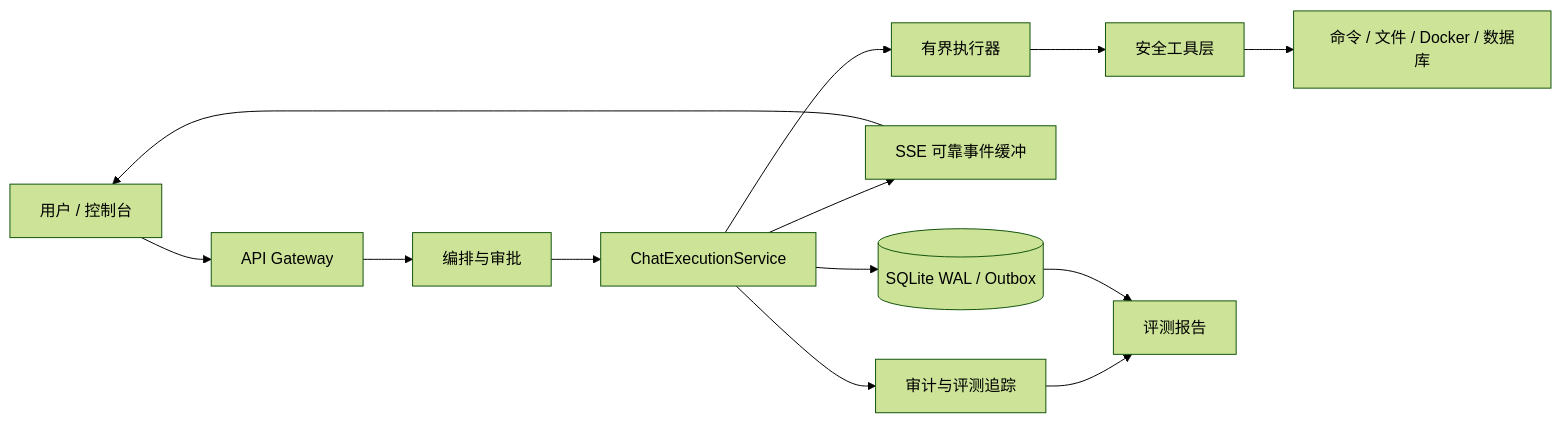
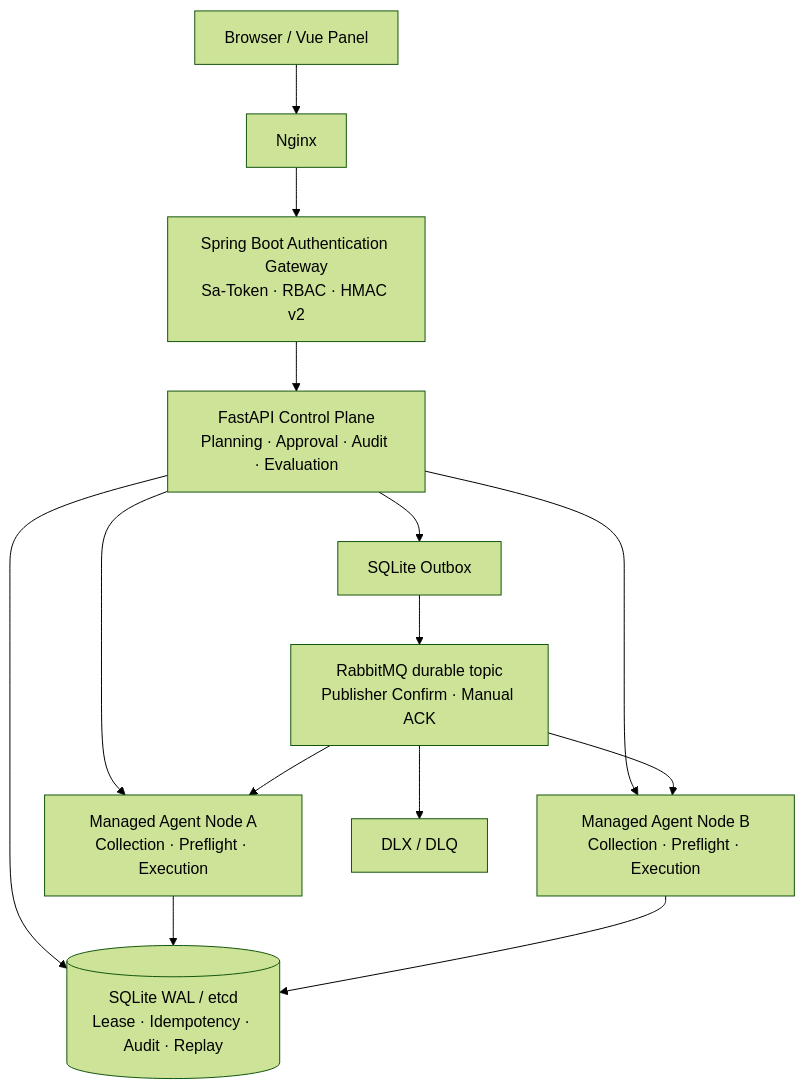
One commit to l62511/Kylin-Agent-showcase changed the diagram in diagrams/architecture.mmd. Above: the diagram before and after it, drawn with Mermaid (forest theme). The commit also changed 17 other files, not shown here.

```diff
--- a/diagrams/architecture.mmd
+++ b/diagrams/architecture.mmd
@@ -1,13 +1,14 @@
-flowchart LR
-    U[用户 / 控制台] --> G[API Gateway]
-    G --> P[编排与审批]
-    P --> X[ChatExecutionService]
-    X --> W[有界执行器]
-    W --> T[安全工具层]
-    T --> C[命令 / 文件 / Docker / 数据库]
-    X --> B[SSE 可靠事件缓冲]
-    X --> A[审计与评测追踪]
-    X --> D[(SQLite WAL / Outbox)]
-    B --> U
-    A --> R[评测报告]
-    D --> R
+flowchart TB
+    U[Browser / Vue Panel] --> N[Nginx]
+    N --> G[Spring Boot Authentication Gateway<br/>Sa-Token · RBAC · HMAC v2]
+    G --> P[FastAPI Control Plane<br/>Planning · Approval · Audit · Evaluation]
+    P --> A[Managed Agent Node A<br/>Collection · Preflight · Execution]
+    P --> B[Managed Agent Node B<br/>Collection · Preflight · Execution]
+    P --> O[SQLite Outbox]
+    O --> R[RabbitMQ durable topic<br/>Publisher Confirm · Manual ACK]
+    R --> A
+    R --> B
+    R --> D[DLX / DLQ]
+    P --> S[(SQLite WAL / etcd<br/>Lease · Idempotency · Audit · Replay)]
+    A --> S
+    B --> S
```
